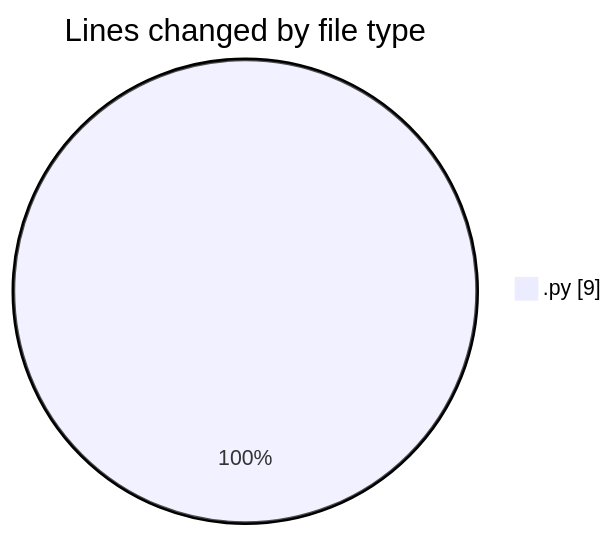
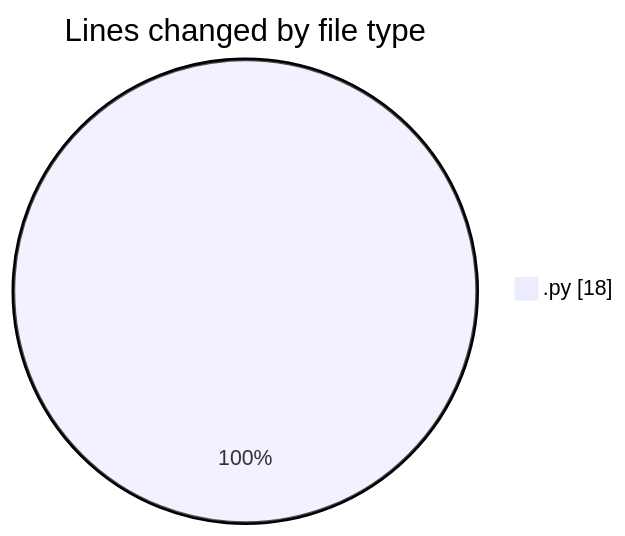
The first of 2 diagrams in 2026-02-21/student_performance_system/README.md (hasnaa123/code-tracking), drawn with Mermaid before and after one commit. The commit also changed other lines of this file and 1 other file, not shown here.

````diff
--- a/2026-02-21/student_performance_system/README.md
+++ b/2026-02-21/student_performance_system/README.md
@@ -20,5 +20,5 @@
 ```mermaid
 pie showData
 title Lines changed by file type
-".py" : 9
+".py" : 18
 ```
````
